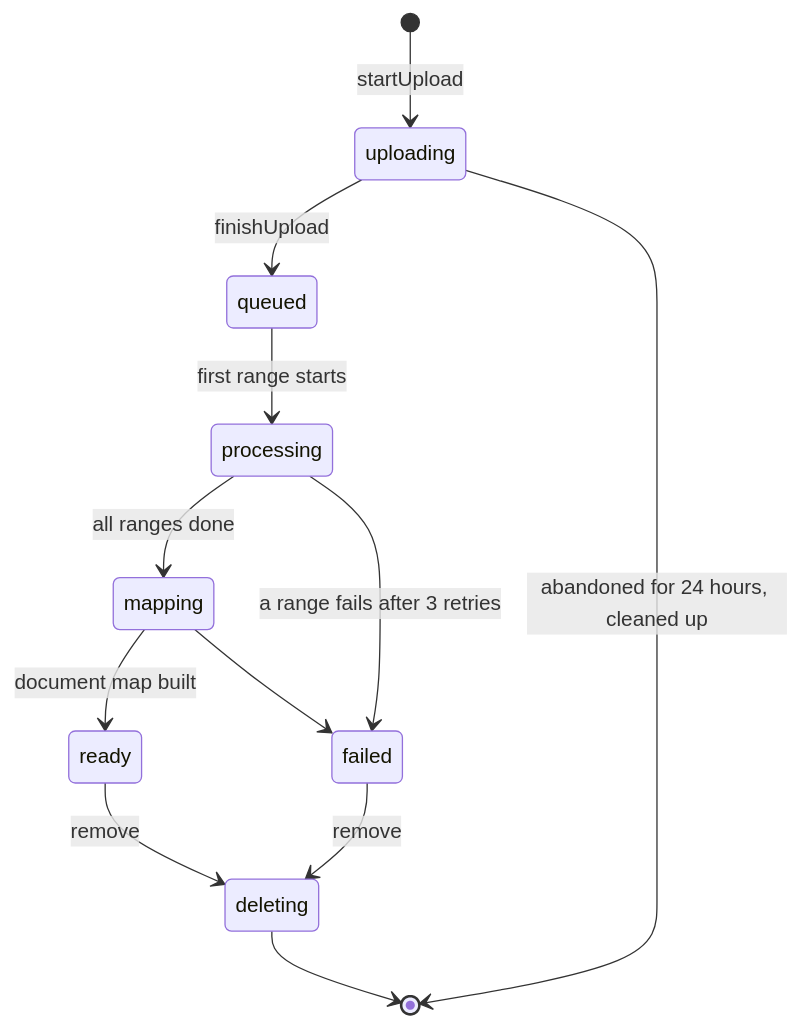
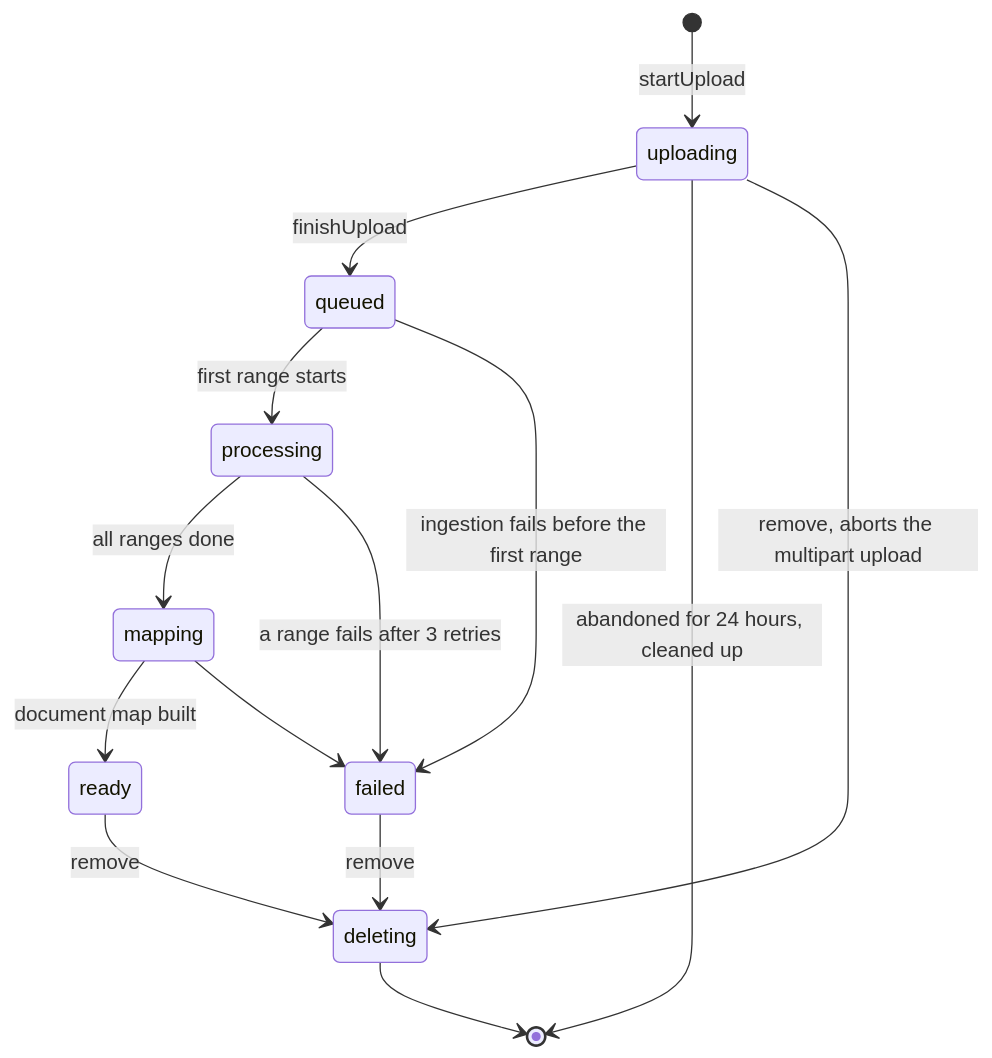
Before and after one commit to cleitonbalonekr/consta: the second of 2 diagrams in docs/architecture.md, drawn with Mermaid. The commit also changed other lines of this file and 91 other files, not shown here.

````diff
--- a/docs/architecture.md
+++ b/docs/architecture.md
@@ -209,14 +205,16 @@
 ```mermaid
 stateDiagram-v2
   [*] --> uploading: startUpload
   uploading --> queued: finishUpload
   uploading --> [*]: abandoned for 24 hours, cleaned up
   queued --> processing: first range starts
   processing --> mapping: all ranges done
   mapping --> ready: document map built
+  queued --> failed: ingestion fails before the first range
   processing --> failed: a range fails after 3 retries
   mapping --> failed
+  uploading --> deleting: remove, aborts the multipart upload
   ready --> deleting: remove
   failed --> deleting: remove
   deleting --> [*]
 ```
````
